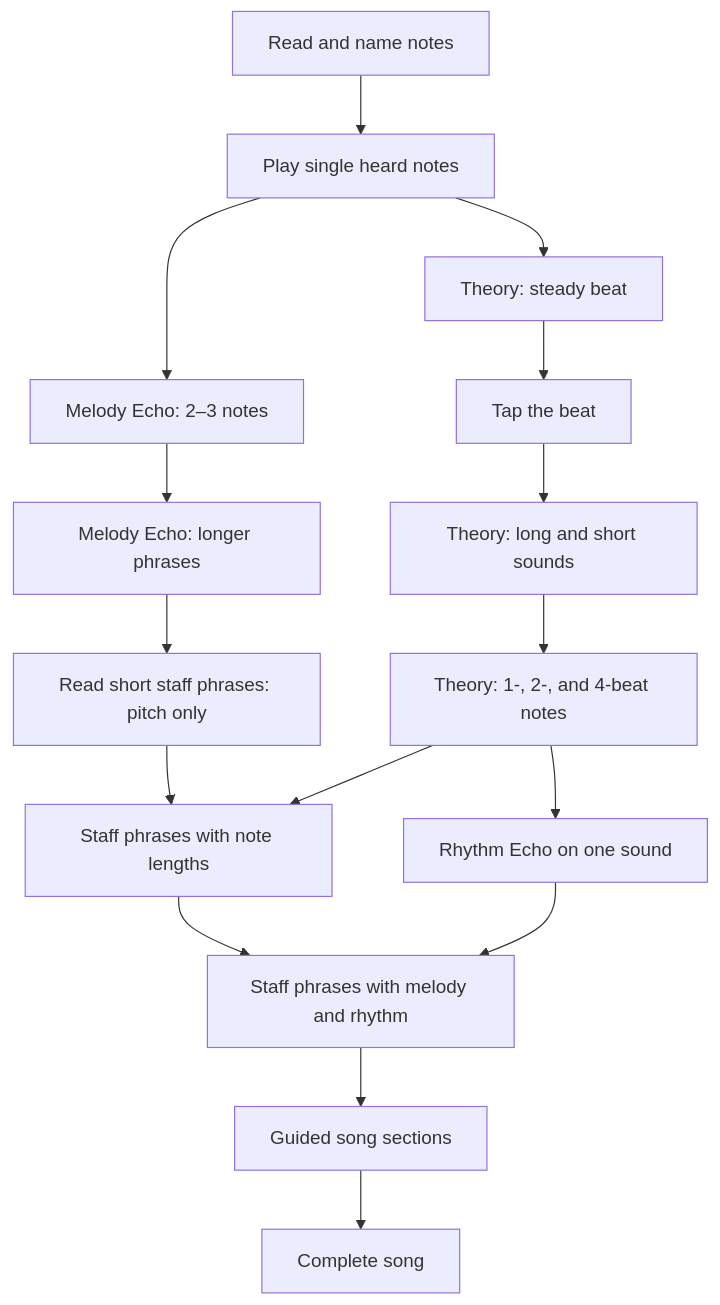
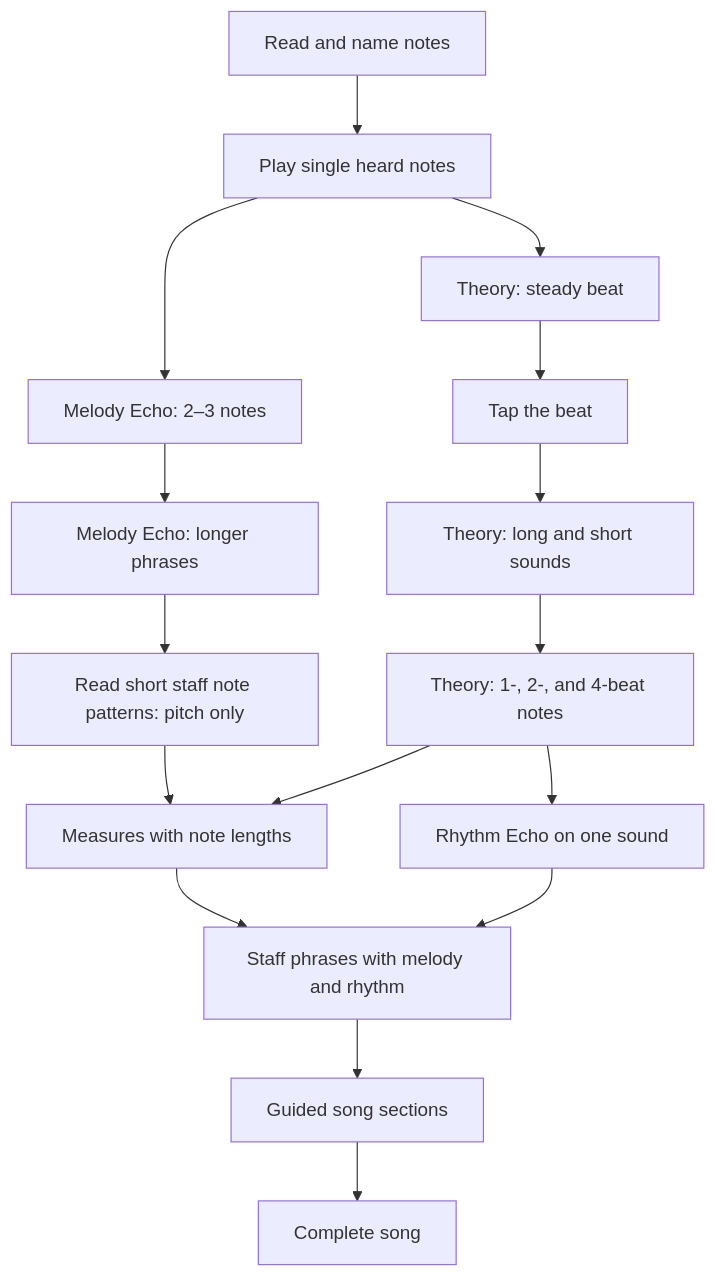
Before and after one commit to Impesoft/MusicTeacher: the diagram in docs/melody-rhythm-song-roadmap.md, drawn with Mermaid. The commit also changed other lines of this file and 4 other files, not shown here.

````diff
--- a/docs/melody-rhythm-song-roadmap.md
+++ b/docs/melody-rhythm-song-roadmap.md
@@ -30,18 +30,18 @@
 ```mermaid
 flowchart TD
     A["Read and name notes"] --> B["Play single heard notes"]
     B --> C["Melody Echo: 2–3 notes"]
     C --> D["Melody Echo: longer phrases"]
-    D --> J["Read short staff phrases: pitch only"]
+    D --> J["Read short staff note patterns: pitch only"]
     B --> E["Theory: steady beat"]
     E --> F["Tap the beat"]
     F --> G["Theory: long and short sounds"]
     G --> H["Theory: 1-, 2-, and 4-beat notes"]
     H --> I["Rhythm Echo on one sound"]
-    J --> M["Staff phrases with note lengths"]
+    J --> M["Measures with note lengths"]
     H --> M
     M --> K["Staff phrases with melody and rhythm"]
     I --> K
     K --> N["Guided song sections"]
     N --> L["Complete song"]
 ```
````
